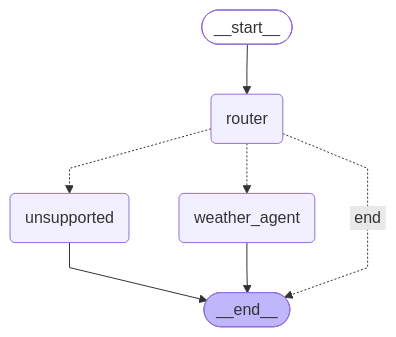
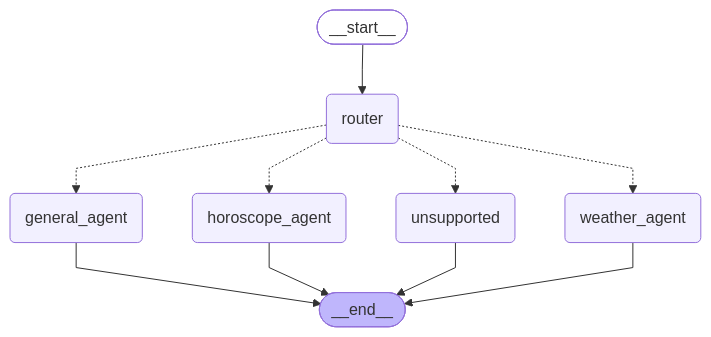
One commit to AChierici84/alexaAgent changed the diagram in supervisor_graph.md. Above: the diagram before and after it, drawn with Mermaid. The commit also changed 1 other file, not shown here.

Commit message:
aggiornamento view

````diff
--- a/supervisor_graph.md
+++ b/supervisor_graph.md
@@ -5,19 +5,24 @@
 ```mermaid
 %%{init: {'flowchart': {'curve': 'linear'}}}%%
 graph TD;
 	__start__([<p>__start__</p>]):::first
 	router(router)
 	weather_agent(weather_agent)
+	horoscope_agent(horoscope_agent)
+	general_agent(general_agent)
 	unsupported(unsupported)
 	__end__([<p>__end__</p>]):::last
 	__start__ --> router;
+	general_agent --> __end__;
+	horoscope_agent --> __end__;
 	unsupported --> __end__;
 	weather_agent --> __end__;
 	router -.-> weather_agent;
+	router -.-> horoscope_agent;
+	router -.-> general_agent;
 	router -.-> unsupported;
-	router -. &nbsp;end&nbsp; .-> __end__;
 	classDef default fill:#f2f0ff,line-height:1.2
 	classDef first fill-opacity:0
 	classDef last fill:#bfb6fc
 
 ```
````
